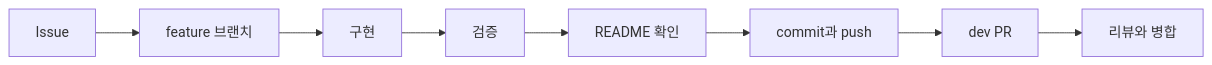
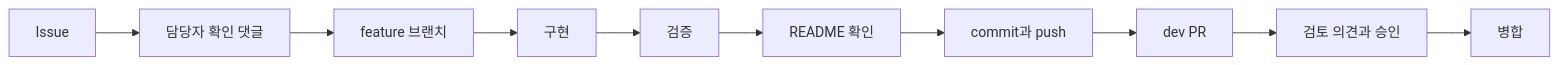
One commit to IpgoITGO/ipgo-client changed the diagram in docs/rules/workflow.md. Above: the diagram before and after it, drawn with Mermaid. The commit also changed other lines of this file, not shown here.

````diff
--- a/docs/rules/workflow.md
+++ b/docs/rules/workflow.md
@@ -11,10 +11,12 @@
 ```mermaid
 flowchart LR
-    A[Issue] --> B[feature 브랜치]
-    B --> C[구현]
-    C --> D[검증]
-    D --> E[README 확인]
-    E --> F[commit과 push]
-    F --> G[dev PR]
-    G --> H[리뷰와 병합]
+    A[Issue] --> B[담당자 확인 댓글]
+    B --> C[feature 브랜치]
+    C --> D[구현]
+    D --> E[검증]
+    E --> F[README 확인]
+    F --> G[commit과 push]
+    G --> H[dev PR]
+    H --> I[검토 의견과 승인]
+    I --> J[병합]
 ```
````
